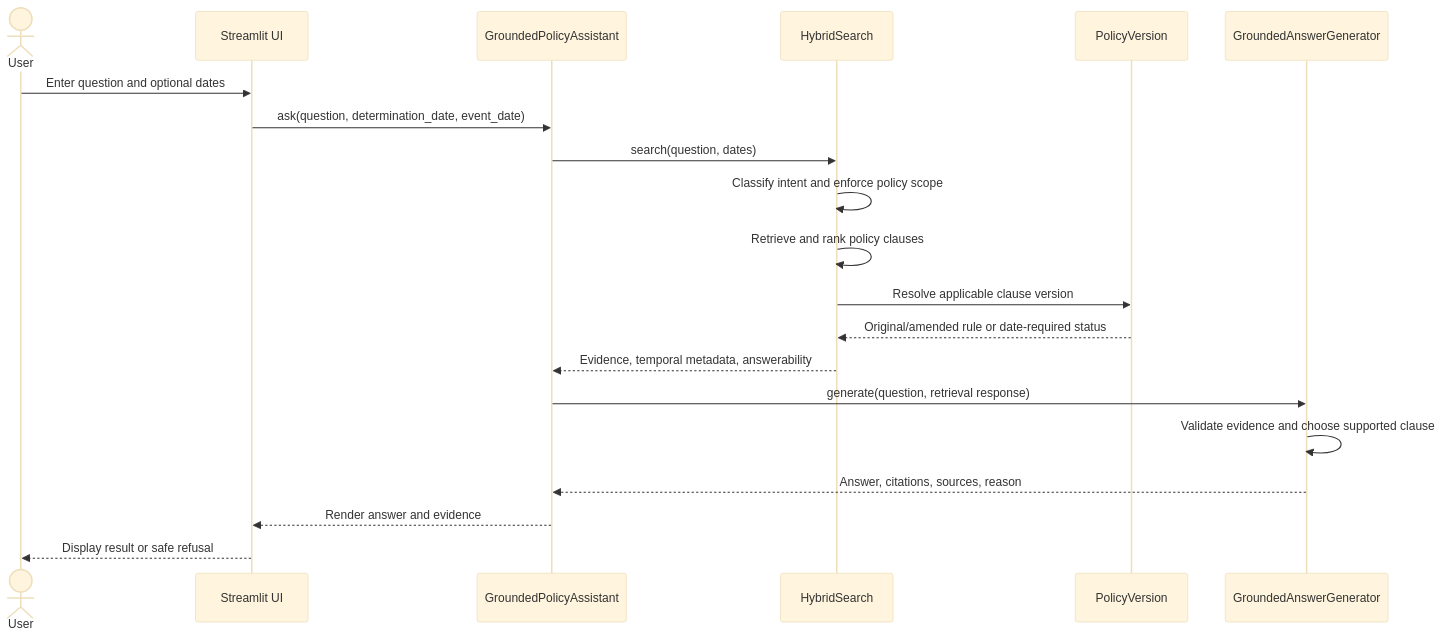
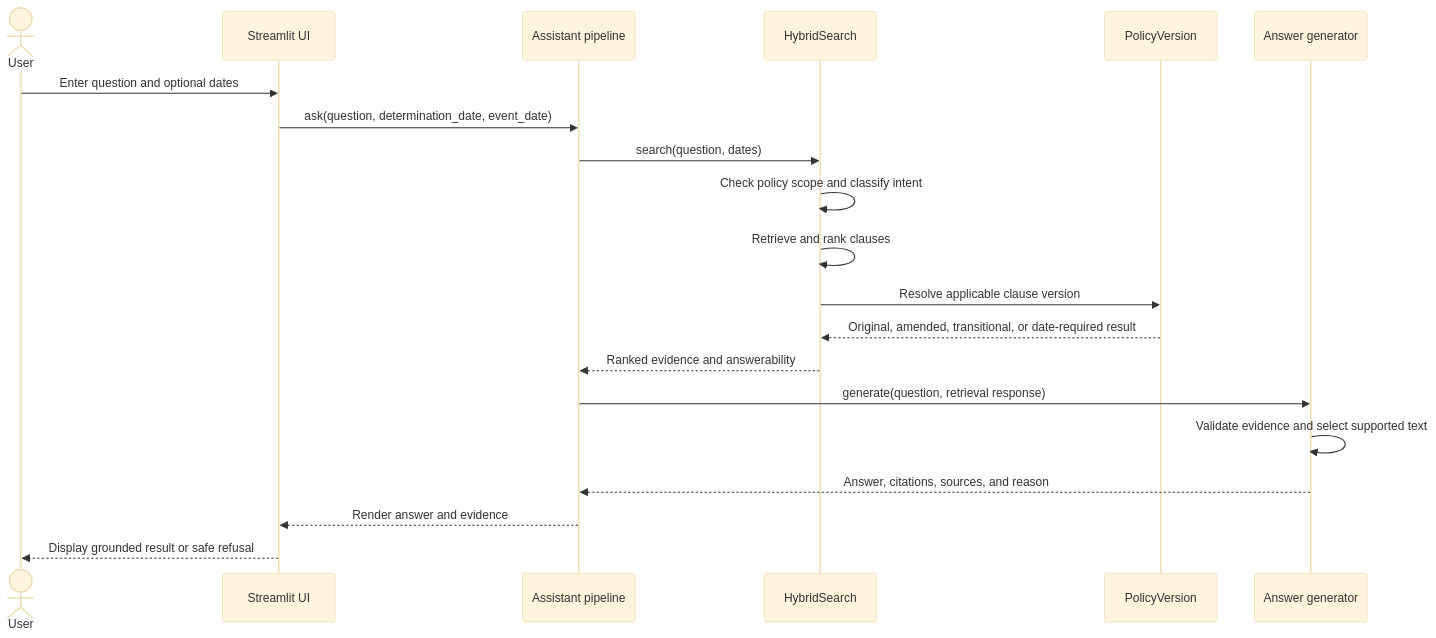
Before and after one commit to mbkbala/grounded-answer: the second of 3 diagrams in README.md, drawn with Mermaid (base theme). The commit also changed other lines of this file, not shown here.

````diff
--- a/README.md
+++ b/README.md
@@ -93,23 +306,23 @@
 ```mermaid
 sequenceDiagram
-      actor User
-      participant UI as Streamlit UI
-      participant Pipeline as GroundedPolicyAssistant
-      participant Search as HybridSearch
-      participant Version as PolicyVersion
-      participant Generator as GroundedAnswerGenerator
+    actor User
+    participant UI as Streamlit UI
+    participant Pipeline as Assistant pipeline
+    participant Search as HybridSearch
+    participant Policy as PolicyVersion
+    participant Generator as Answer generator
 
-      User->>UI: Enter question and optional dates
-      UI->>Pipeline: ask(question, determination_date, event_date)
-      Pipeline->>Search: search(question, dates)
-      Search->>Search: Classify intent and enforce policy scope
-      Search->>Search: Retrieve and rank policy clauses
-      Search->>Version: Resolve applicable clause version
-      Version-->>Search: Original/amended rule or date-required status
-      Search-->>Pipeline: Evidence, temporal metadata, answerability
-      Pipeline->>Generator: generate(question, retrieval response)
-      Generator->>Generator: Validate evidence and choose supported clause
-      Generator-->>Pipeline: Answer, citations, sources, reason
-      Pipeline-->>UI: Render answer and evidence
-      UI-->>User: Display result or safe refusal
+    User->>UI: Enter question and optional dates
+    UI->>Pipeline: ask(question, determination_date, event_date)
+    Pipeline->>Search: search(question, dates)
+    Search->>Search: Check policy scope and classify intent
+    Search->>Search: Retrieve and rank clauses
+    Search->>Policy: Resolve applicable clause version
+    Policy-->>Search: Original, amended, transitional, or date-required result
+    Search-->>Pipeline: Ranked evidence and answerability
+    Pipeline->>Generator: generate(question, retrieval response)
+    Generator->>Generator: Validate evidence and select supported text
+    Generator-->>Pipeline: Answer, citations, sources, and reason
+    Pipeline-->>UI: Render answer and evidence
+    UI-->>User: Display grounded result or safe refusal
 ```
````
